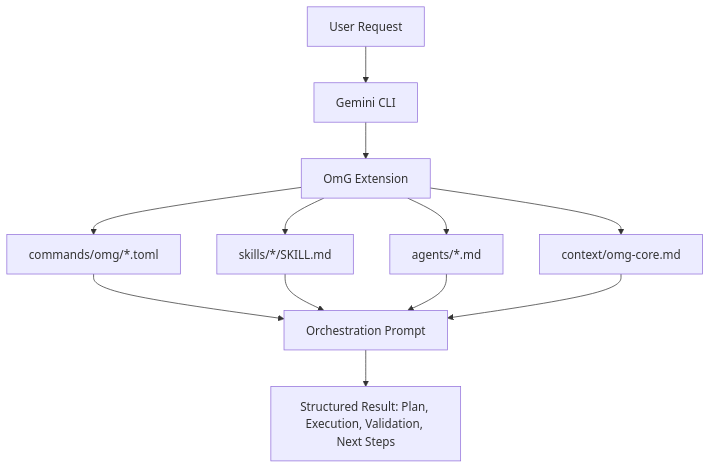
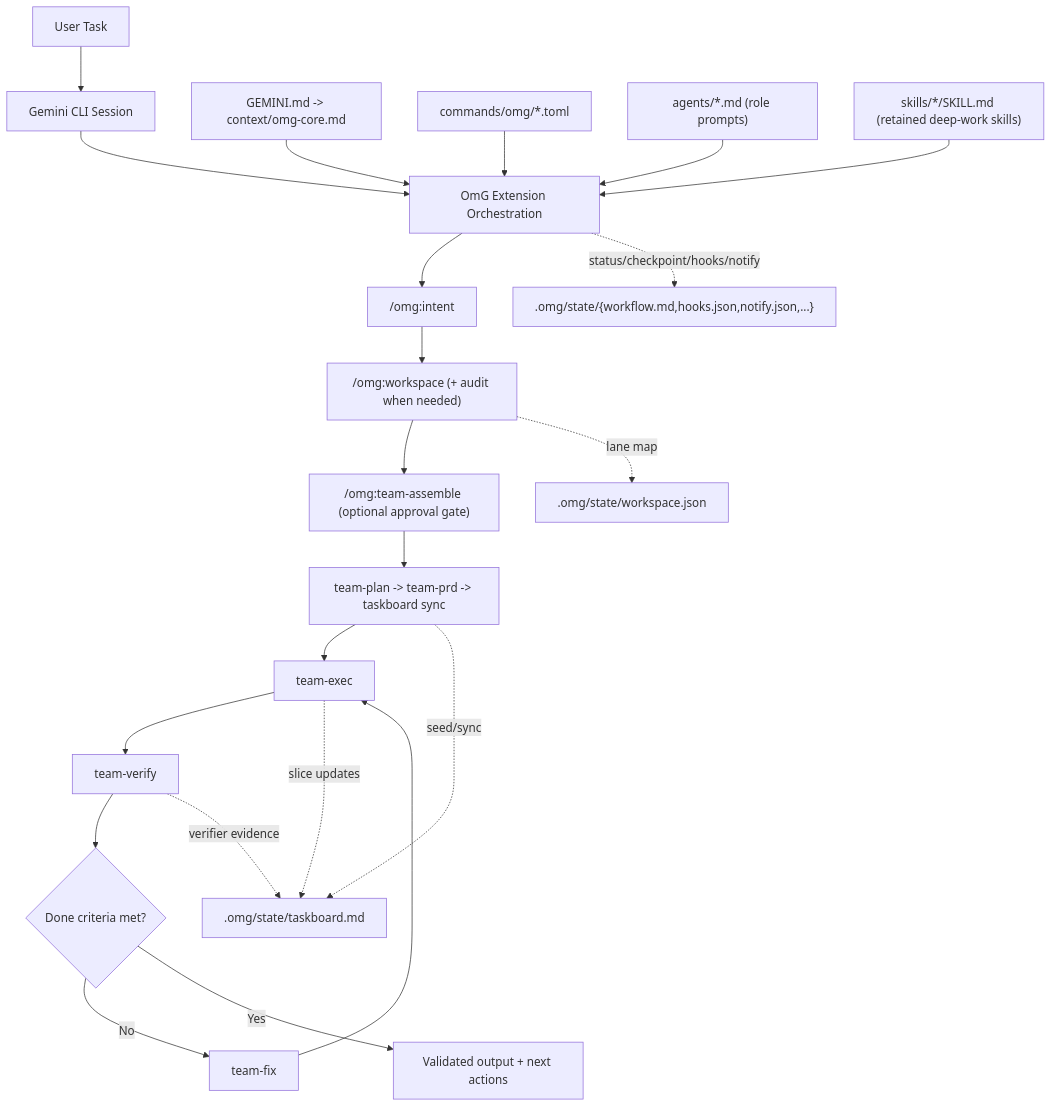
Before and after one commit to randi65535/oh-my-gemini-cli: the first of 2 diagrams in docs/README_es.md, drawn with Mermaid. The commit also changed other lines of this file and 3 other files, not shown here.

````diff
--- a/docs/README_es.md
+++ b/docs/README_es.md
@@ -47,14 +98,27 @@
 ```mermaid
 flowchart TD
-    U["User Request"] --> G["Gemini CLI"]
-    G --> E["OmG Extension"]
-    E --> C["commands/omg/*.toml"]
-    E --> S["skills/*/SKILL.md"]
-    E --> A["agents/*.md"]
-    E --> X["context/omg-core.md"]
-    C --> O["Orchestration Prompt"]
-    S --> O
-    A --> O
-    X --> O
-    O --> R["Structured Result: Plan, Execution, Validation, Next Steps"]
+    U["User Task"] --> CLI["Gemini CLI Session"]
+    CLI --> ORCH["OmG Extension Orchestration"]
+
+    CORE["GEMINI.md -> context/omg-core.md"] --> ORCH
+    CMDS["commands/omg/*.toml"] --> ORCH
+    AGENTS["agents/*.md (role prompts)"] --> ORCH
+    SKILLS["skills/*/SKILL.md (retained deep-work skills)"] --> ORCH
+
+    ORCH --> I["/omg:intent"]
+    I --> W["/omg:workspace (+ audit when needed)"]
+    W --> A["/omg:team-assemble (optional approval gate)"]
+    A --> P["team-plan -> team-prd -> taskboard sync"]
+    P --> E["team-exec"]
+    E --> V["team-verify"]
+    V --> D{"Done criteria met?"}
+    D -- "No" --> F["team-fix"]
+    F --> E
+    D -- "Yes" --> O["Validated output + next actions"]
+
+    W -. lane map .-> WS[".omg/state/workspace.json"]
+    P -. seed/sync .-> TB[".omg/state/taskboard.md"]
+    E -. slice updates .-> TB
+    V -. verifier evidence .-> TB
+    ORCH -. status/checkpoint/hooks/notify .-> ST[".omg/state/{workflow.md,hooks.json,notify.json,...}"]
 ```
````
